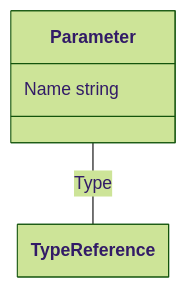
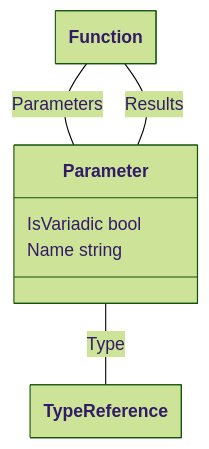
Diagram 11 of 17 in docs/model/model.md (theunrepentantgeek/crddoc), drawn with Mermaid (forest theme) before and after one commit. The commit also changed other lines of this file, not shown here.

````diff
--- a/docs/model/model.md
+++ b/docs/model/model.md
@@ -423,20 +639,25 @@
 ```mermaid
 ---
   config:
     class:
       hideEmptyMembersBox: true
 ---
 classDiagram
 
 class Parameter["Parameter"]{  
+      IsVariadic bool  
       Name string
 
 
 } 
 
+Function -- Parameter : Parameters 
+Function -- Parameter : Results 
 
 Parameter -- TypeReference : Type 
 
+class Function["Function"]
+class Function["Function"]
 class TypeReference["TypeReference"]
 
 ```
````
